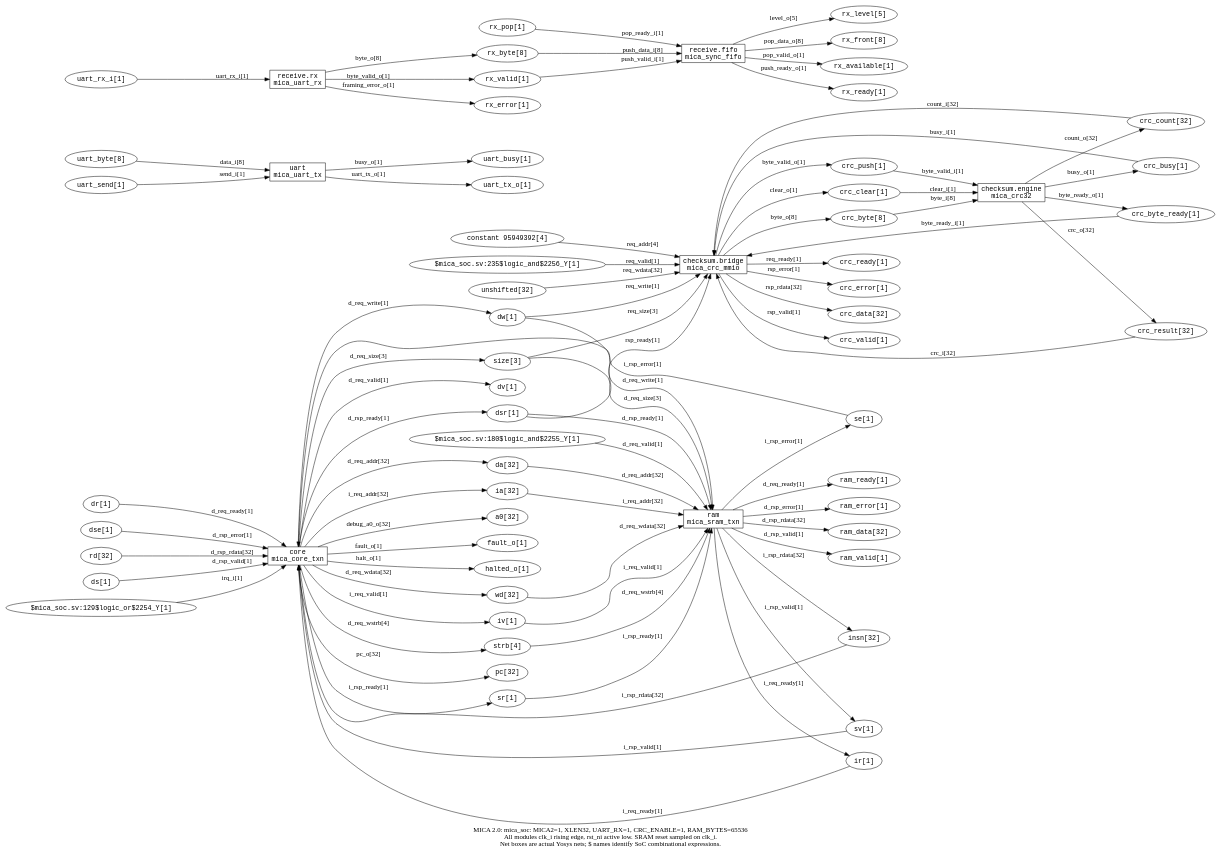
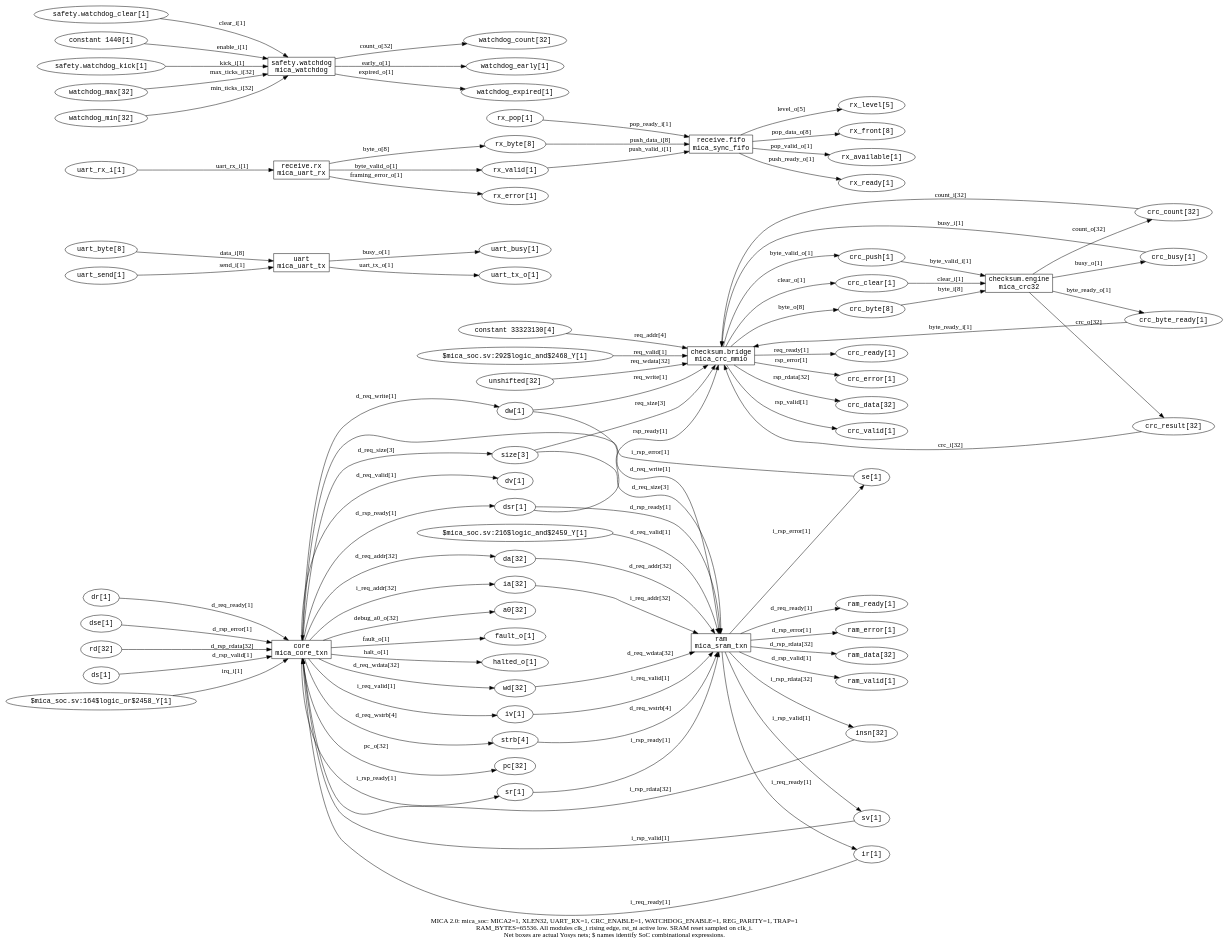
Before and after one commit to RobertFlexx/MICA: the diagram in schematics/04-soc-bus.dot, drawn with Graphviz. The commit also changed 245 other files, not shown here.

```diff
--- a/schematics/04-soc-bus.dot
+++ b/schematics/04-soc-bus.dot
@@ -1,145 +1,162 @@
 digraph soc {rankdir=LR;node[shape=box,fontname="monospace"];
-label="MICA 2.0: mica_soc: MICA2=1, XLEN32, UART_RX=1, CRC_ENABLE=1, RAM_BYTES=65536\nAll modules clk_i rising edge, rst_ni active low. SRAM reset sampled on clk_i.\nNet boxes are actual Yosys nets; $ names identify SoC combinational expressions.";
+label="MICA 2.0: mica_soc: MICA2=1, XLEN32, UART_RX=1, CRC_ENABLE=1, WATCHDOG_ENABLE=1, REG_PARITY=1, TRAP=1\nRAM_BYTES=65536. All modules clk_i rising edge, rst_ni active low. SRAM reset sampled on clk_i.\nNet boxes are actual Yosys nets; $ names identify SoC combinational expressions.";
 c0[label="core\nmica_core_txn"];
 n0[shape=ellipse,label="da[32]"];
 c0->n0[label="d_req_addr[32]"];
 n1[shape=ellipse,label="dr[1]"];
 n1->c0[label="d_req_ready[1]"];
 n2[shape=ellipse,label="size[3]"];
 c0->n2[label="d_req_size[3]"];
 n3[shape=ellipse,label="dv[1]"];
 c0->n3[label="d_req_valid[1]"];
 n4[shape=ellipse,label="wd[32]"];
 c0->n4[label="d_req_wdata[32]"];
 n5[shape=ellipse,label="dw[1]"];
 c0->n5[label="d_req_write[1]"];
 n6[shape=ellipse,label="strb[4]"];
 c0->n6[label="d_req_wstrb[4]"];
 n7[shape=ellipse,label="dse[1]"];
 n7->c0[label="d_rsp_error[1]"];
 n8[shape=ellipse,label="rd[32]"];
 n8->c0[label="d_rsp_rdata[32]"];
 n9[shape=ellipse,label="dsr[1]"];
 c0->n9[label="d_rsp_ready[1]"];
 n10[shape=ellipse,label="ds[1]"];
 n10->c0[label="d_rsp_valid[1]"];
 n11[shape=ellipse,label="a0[32]"];
 c0->n11[label="debug_a0_o[32]"];
 n12[shape=ellipse,label="fault_o[1]"];
 c0->n12[label="fault_o[1]"];
 n13[shape=ellipse,label="halted_o[1]"];
 c0->n13[label="halt_o[1]"];
 n14[shape=ellipse,label="ia[32]"];
 c0->n14[label="i_req_addr[32]"];
 n15[shape=ellipse,label="ir[1]"];
 n15->c0[label="i_req_ready[1]"];
 n16[shape=ellipse,label="iv[1]"];
 c0->n16[label="i_req_valid[1]"];
 n17[shape=ellipse,label="se[1]"];
 n17->c0[label="i_rsp_error[1]"];
 n18[shape=ellipse,label="insn[32]"];
 n18->c0[label="i_rsp_rdata[32]"];
 n19[shape=ellipse,label="sr[1]"];
 c0->n19[label="i_rsp_ready[1]"];
 n20[shape=ellipse,label="sv[1]"];
 n20->c0[label="i_rsp_valid[1]"];
-n21[shape=ellipse,label="$mica_soc.sv:129$logic_or$2254_Y[1]"];
+n21[shape=ellipse,label="$mica_soc.sv:164$logic_or$2458_Y[1]"];
 n21->c0[label="irq_i[1]"];
 n22[shape=ellipse,label="pc[32]"];
 c0->n22[label="pc_o[32]"];
 c1[label="ram\nmica_sram_txn"];
 n0->c1[label="d_req_addr[32]"];
 n23[shape=ellipse,label="ram_ready[1]"];
 c1->n23[label="d_req_ready[1]"];
 n2->c1[label="d_req_size[3]"];
-n24[shape=ellipse,label="$mica_soc.sv:180$logic_and$2255_Y[1]"];
+n24[shape=ellipse,label="$mica_soc.sv:216$logic_and$2459_Y[1]"];
 n24->c1[label="d_req_valid[1]"];
 n4->c1[label="d_req_wdata[32]"];
 n5->c1[label="d_req_write[1]"];
 n6->c1[label="d_req_wstrb[4]"];
 n25[shape=ellipse,label="ram_error[1]"];
 c1->n25[label="d_rsp_error[1]"];
 n26[shape=ellipse,label="ram_data[32]"];
 c1->n26[label="d_rsp_rdata[32]"];
 n9->c1[label="d_rsp_ready[1]"];
 n27[shape=ellipse,label="ram_valid[1]"];
 c1->n27[label="d_rsp_valid[1]"];
 n14->c1[label="i_req_addr[32]"];
 c1->n15[label="i_req_ready[1]"];
 n16->c1[label="i_req_valid[1]"];
 c1->n17[label="i_rsp_error[1]"];
 c1->n18[label="i_rsp_rdata[32]"];
 n19->c1[label="i_rsp_ready[1]"];
 c1->n20[label="i_rsp_valid[1]"];
 c2[label="uart\nmica_uart_tx"];
 n28[shape=ellipse,label="uart_busy[1]"];
 c2->n28[label="busy_o[1]"];
 n29[shape=ellipse,label="uart_byte[8]"];
 n29->c2[label="data_i[8]"];
 n30[shape=ellipse,label="uart_send[1]"];
 n30->c2[label="send_i[1]"];
 n31[shape=ellipse,label="uart_tx_o[1]"];
 c2->n31[label="uart_tx_o[1]"];
 c3[label="receive.rx\nmica_uart_rx"];
 n32[shape=ellipse,label="rx_byte[8]"];
 c3->n32[label="byte_o[8]"];
 n33[shape=ellipse,label="rx_valid[1]"];
 c3->n33[label="byte_valid_o[1]"];
 n34[shape=ellipse,label="rx_error[1]"];
 c3->n34[label="framing_error_o[1]"];
 n35[shape=ellipse,label="uart_rx_i[1]"];
 n35->c3[label="uart_rx_i[1]"];
 c4[label="receive.fifo\nmica_sync_fifo"];
 n36[shape=ellipse,label="rx_level[5]"];
 c4->n36[label="level_o[5]"];
 n37[shape=ellipse,label="rx_front[8]"];
 c4->n37[label="pop_data_o[8]"];
 n38[shape=ellipse,label="rx_pop[1]"];
 n38->c4[label="pop_ready_i[1]"];
 n39[shape=ellipse,label="rx_available[1]"];
 c4->n39[label="pop_valid_o[1]"];
 n32->c4[label="push_data_i[8]"];
 n40[shape=ellipse,label="rx_ready[1]"];
 c4->n40[label="push_ready_o[1]"];
 n33->c4[label="push_valid_i[1]"];
 c5[label="checksum.bridge\nmica_crc_mmio"];
 n41[shape=ellipse,label="crc_busy[1]"];
 n41->c5[label="busy_i[1]"];
 n42[shape=ellipse,label="crc_byte[8]"];
 c5->n42[label="byte_o[8]"];
 n43[shape=ellipse,label="crc_byte_ready[1]"];
 n43->c5[label="byte_ready_i[1]"];
 n44[shape=ellipse,label="crc_push[1]"];
 c5->n44[label="byte_valid_o[1]"];
 n45[shape=ellipse,label="crc_clear[1]"];
 c5->n45[label="clear_o[1]"];
 n46[shape=ellipse,label="crc_count[32]"];
 n46->c5[label="count_i[32]"];
 n47[shape=ellipse,label="crc_result[32]"];
 n47->c5[label="crc_i[32]"];
-n48[shape=ellipse,label="constant 95949392[4]"];
+n48[shape=ellipse,label="constant 33323130[4]"];
 n48->c5[label="req_addr[4]"];
 n49[shape=ellipse,label="crc_ready[1]"];
 c5->n49[label="req_ready[1]"];
 n2->c5[label="req_size[3]"];
-n50[shape=ellipse,label="$mica_soc.sv:235$logic_and$2256_Y[1]"];
+n50[shape=ellipse,label="$mica_soc.sv:292$logic_and$2468_Y[1]"];
 n50->c5[label="req_valid[1]"];
 n51[shape=ellipse,label="unshifted[32]"];
 n51->c5[label="req_wdata[32]"];
 n5->c5[label="req_write[1]"];
 n52[shape=ellipse,label="crc_error[1]"];
 c5->n52[label="rsp_error[1]"];
 n53[shape=ellipse,label="crc_data[32]"];
 c5->n53[label="rsp_rdata[32]"];
 n9->c5[label="rsp_ready[1]"];
 n54[shape=ellipse,label="crc_valid[1]"];
 c5->n54[label="rsp_valid[1]"];
 c6[label="checksum.engine\nmica_crc32"];
 c6->n41[label="busy_o[1]"];
 n42->c6[label="byte_i[8]"];
 c6->n43[label="byte_ready_o[1]"];
 n44->c6[label="byte_valid_i[1]"];
 n45->c6[label="clear_i[1]"];
 c6->n46[label="count_o[32]"];
 c6->n47[label="crc_o[32]"];
+c7[label="safety.watchdog\nmica_watchdog"];
+n55[shape=ellipse,label="safety.watchdog_clear[1]"];
+n55->c7[label="clear_i[1]"];
+n56[shape=ellipse,label="watchdog_count[32]"];
+c7->n56[label="count_o[32]"];
+n57[shape=ellipse,label="watchdog_early[1]"];
+c7->n57[label="early_o[1]"];
+n58[shape=ellipse,label="constant 1440[1]"];
+n58->c7[label="enable_i[1]"];
+n59[shape=ellipse,label="watchdog_expired[1]"];
+c7->n59[label="expired_o[1]"];
+n60[shape=ellipse,label="safety.watchdog_kick[1]"];
+n60->c7[label="kick_i[1]"];
+n61[shape=ellipse,label="watchdog_max[32]"];
+n61->c7[label="max_ticks_i[32]"];
+n62[shape=ellipse,label="watchdog_min[32]"];
+n62->c7[label="min_ticks_i[32]"];
 }
```
